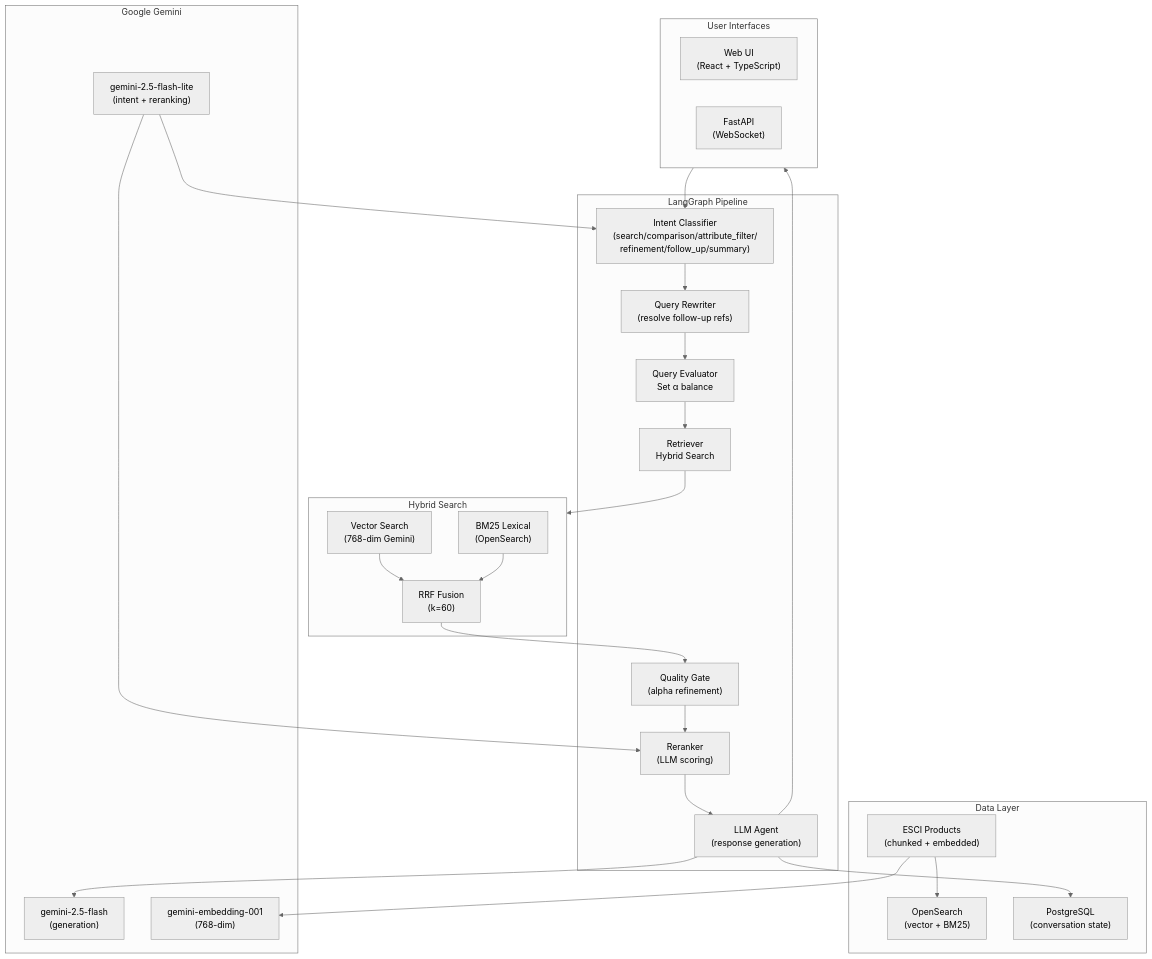
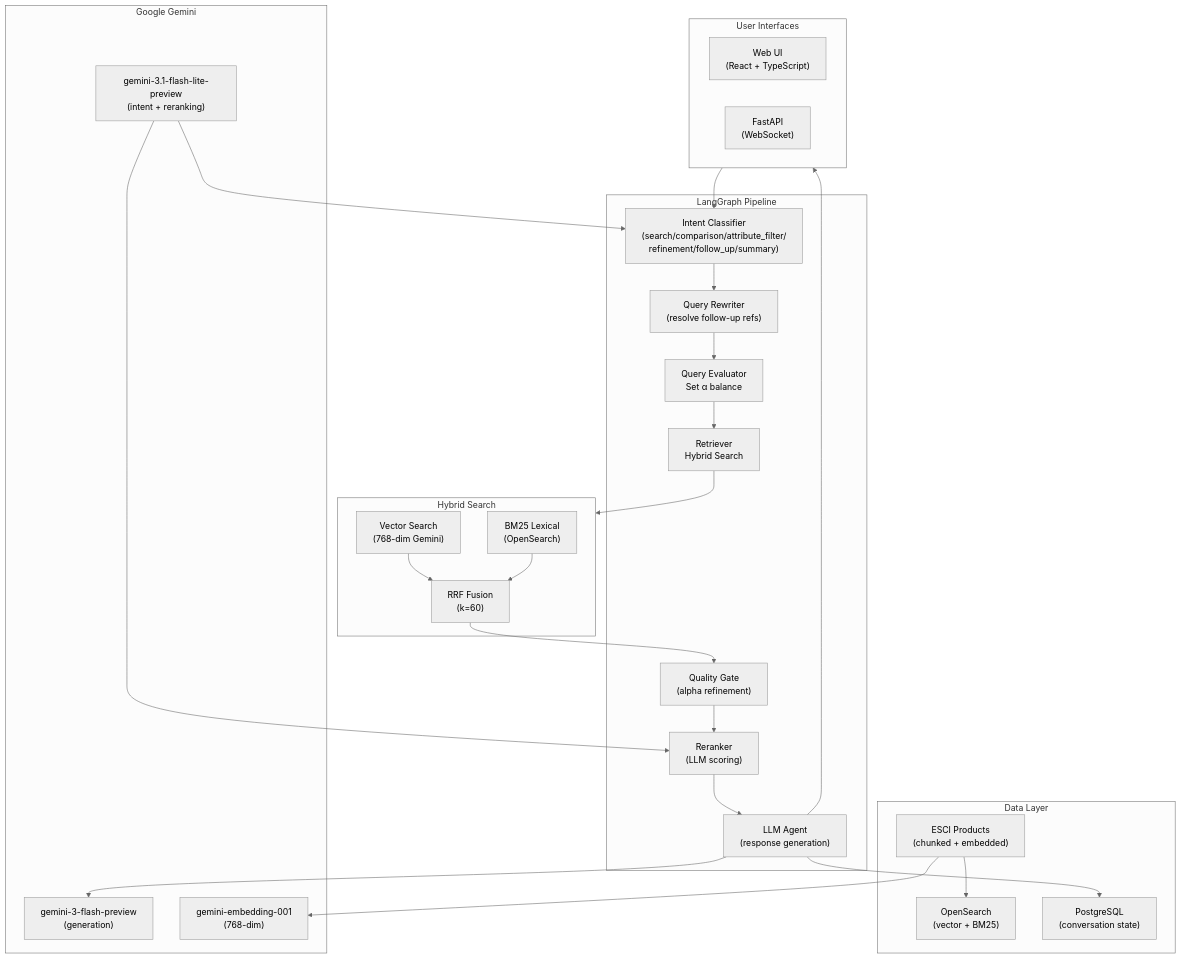
Before and after one commit to kmwtechnology/agentic-hybrid-search: the diagram in README.md, drawn with Mermaid (neutral theme). The commit also changed other lines of this file and 2 other files, not shown here.

Commit message:
docs: Update README and CI/CD with latest Gemini models

````diff
--- a/README.md
+++ b/README.md
@@ -46,53 +46,53 @@
 ```mermaid
 flowchart TB
     subgraph UI["User Interfaces"]
         WEB["Web UI<br/>(React + TypeScript)"]
         API["FastAPI<br/>(WebSocket)"]
     end
 
     subgraph Pipeline["LangGraph Pipeline"]
         IC["Intent Classifier<br/>(search/comparison/attribute_filter/<br/>refinement/follow_up/summary)"]
         QR["Query Rewriter<br/>(resolve follow-up refs)"]
         QE["Query Evaluator<br/>Set α balance"]
         RET["Retriever<br/>Hybrid Search"]
         REFINE["Quality Gate<br/>(alpha refinement)"]
         RERANK["Reranker<br/>(LLM scoring)"]
         AGENT["LLM Agent<br/>(response generation)"]
     end
 
     subgraph Search["Hybrid Search"]
         VS["Vector Search<br/>(768-dim Gemini)"]
         BM25["BM25 Lexical<br/>(OpenSearch)"]
         RRF["RRF Fusion<br/>(k=60)"]
     end
 
     subgraph Storage["Data Layer"]
         PRODUCTS["ESCI Products<br/>(chunked + embedded)"]
         IDX["OpenSearch<br/>(vector + BM25)"]
         CHECKPOINTS["PostgreSQL<br/>(conversation state)"]
     end
 
     subgraph GoogleAI["Google Gemini"]
-        LLM["gemini-2.5-flash<br/>(generation)"]
-        CLASSIFIER["gemini-2.5-flash-lite<br/>(intent + reranking)"]
+        LLM["gemini-3-flash-preview<br/>(generation)"]
+        CLASSIFIER["gemini-3.1-flash-lite-preview<br/>(intent + reranking)"]
         EMB["gemini-embedding-001<br/>(768-dim)"]
     end
 
     UI --> IC
     IC --> QR
     QR --> QE
     QE --> RET
     RET --> Search
     VS --> RRF
     BM25 --> RRF
     RRF --> REFINE
     REFINE --> RERANK
     RERANK --> AGENT
     AGENT --> LLM
     AGENT --> UI
     PRODUCTS --> IDX
     PRODUCTS --> EMB
     AGENT --> CHECKPOINTS
     CLASSIFIER --> IC
     CLASSIFIER --> RERANK
 ```
````
